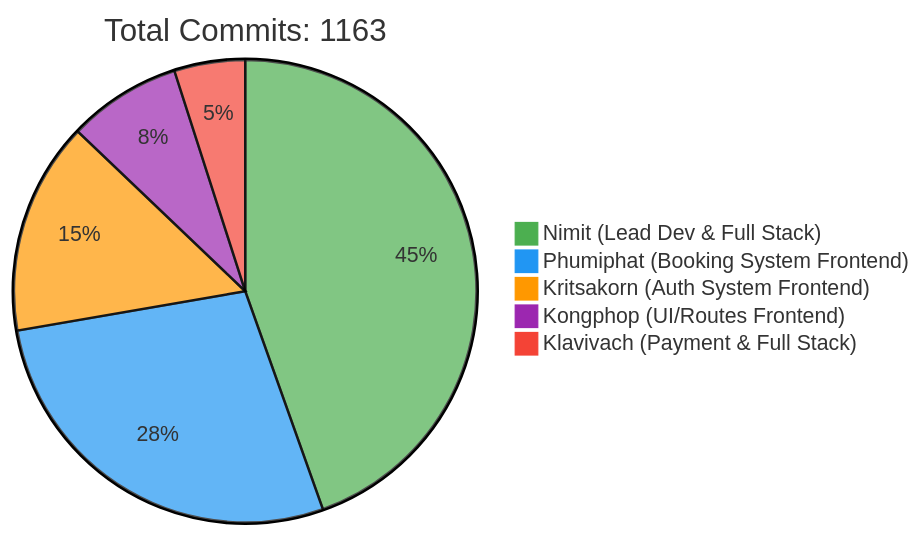
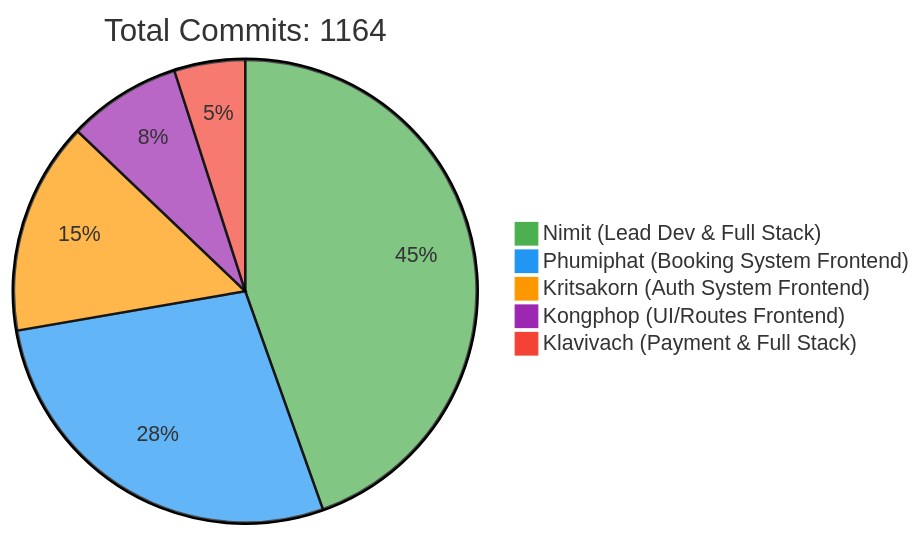
One commit to 6531503042/Sport-Complex changed the first of 2 diagrams in README.md. Above: the diagram before and after it, drawn with Mermaid. The commit also changed other lines of this file, not shown here.

Commit message:
docs: Update contributor statistics [skip ci]

````diff
--- a/README.md
+++ b/README.md
@@ -257,10 +257,10 @@
 ```mermaid
 %%{init: {'theme': 'base', 'themeVariables': { 'pie1': '#4CAF50', 'pie2': '#2196F3', 'pie3': '#FF9800', 'pie4': '#9C27B0', 'pie5': '#F44336'}}}%%
 pie
-    title Total Commits: 1163
+    title Total Commits: 1164
     "Nimit (Lead Dev & Full Stack)" : 450
     "Phumiphat (Booking System Frontend)" : 280
     "Kritsakorn (Auth System Frontend)" : 150
     "Kongphop (UI/Routes Frontend)" : 80
     "Klavivach (Payment & Full Stack)" : 50
 ```
````
